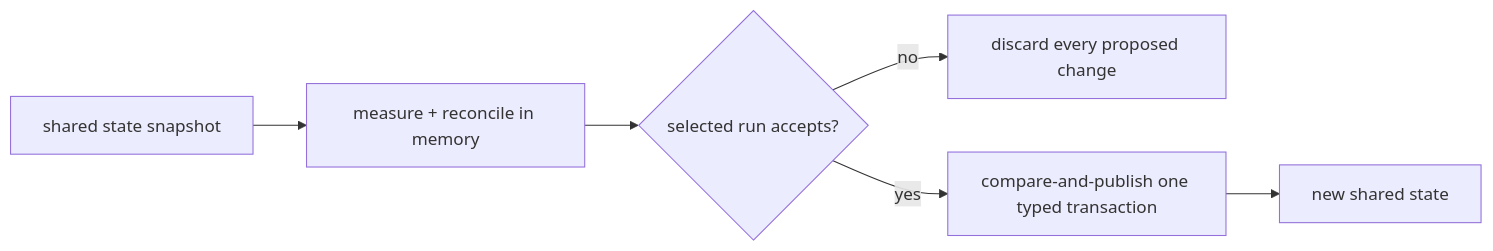
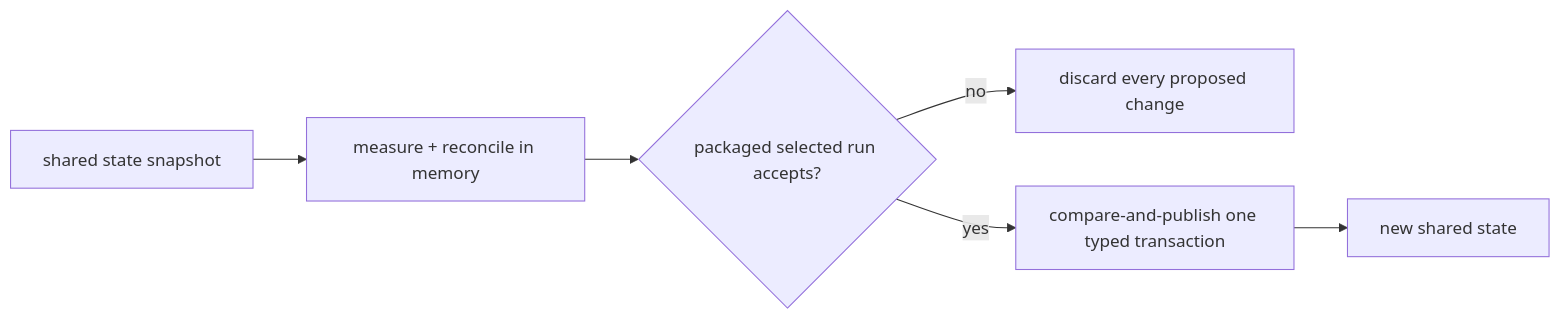
The sixth of 13 diagrams in docs/product/checks.md (infimalabs/spice-rust), drawn with Mermaid before and after one commit. The commit also changed other lines of this file and 120 other files, not shown here.

````diff
--- a/docs/product/checks.md
+++ b/docs/product/checks.md
@@ -168,8 +192,8 @@
 ```mermaid
 flowchart LR
   S["shared state snapshot"] --> M["measure + reconcile in memory"]
-  M --> D{"selected run accepts?"}
+  M --> D{"packaged selected run accepts?"}
   D -- no --> X["discard every proposed change"]
   D -- yes --> P["compare-and-publish one typed transaction"]
   P --> N["new shared state"]
 ```
````
